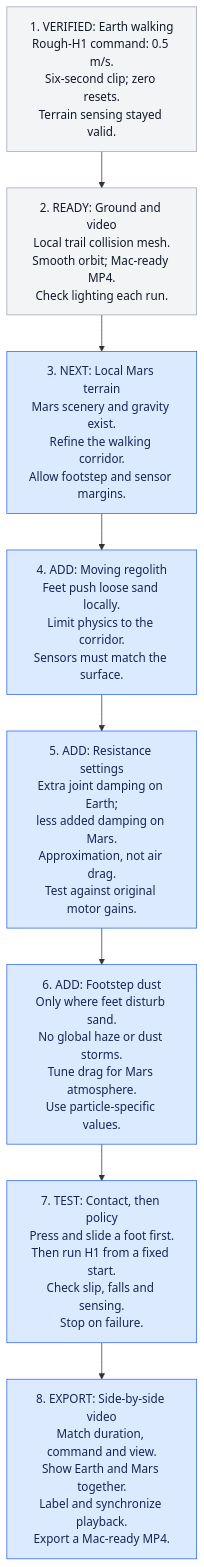
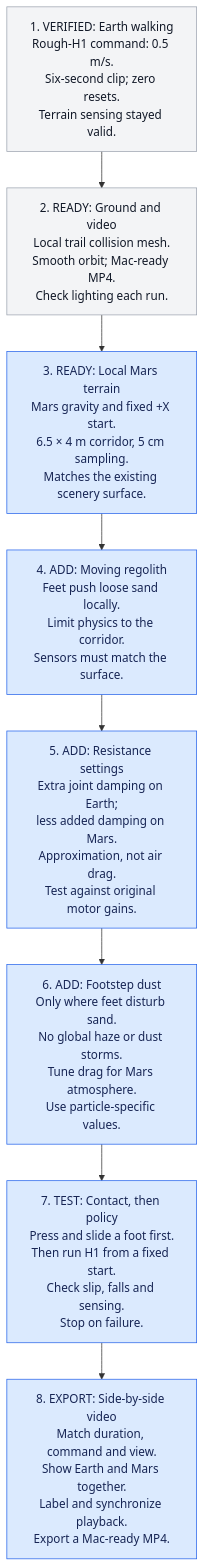
The third of 3 diagrams in README.md (eddie-wq07/Mars-Project), drawn with Mermaid before and after one commit. The commit also changed other lines of this file and 6 other files, not shown here.

Commit message:
step 3: Build local Mars terrain

````diff
--- a/README.md
+++ b/README.md
@@ -124,18 +124,18 @@
 ```mermaid
 flowchart TD
     earth["1. VERIFIED: Earth walking<br/>Rough-H1 command: 0.5 m/s.<br/>Six-second clip; zero resets.<br/>Terrain sensing stayed valid."]
     capture["2. READY: Ground and video<br/>Local trail collision mesh.<br/>Smooth orbit; Mac-ready MP4.<br/>Check lighting each run."]
-    mars["3. NEXT: Local Mars terrain<br/>Mars scenery and gravity exist.<br/>Refine the walking corridor.<br/>Allow footstep and sensor margins."]
+    mars["3. READY: Local Mars terrain<br/>Mars gravity and fixed +X start.<br/>6.5 × 4 m corridor, 5 cm sampling.<br/>Matches the existing scenery surface."]
     soil["4. ADD: Moving regolith<br/>Feet push loose sand locally.<br/>Limit physics to the corridor.<br/>Sensors must match the surface."]
     damping["5. ADD: Resistance settings<br/>Extra joint damping on Earth;<br/>less added damping on Mars.<br/>Approximation, not air drag.<br/>Test against original motor gains."]
     dust["6. ADD: Footstep dust<br/>Only where feet disturb sand.<br/>No global haze or dust storms.<br/>Tune drag for Mars atmosphere.<br/>Use particle-specific values."]
     test["7. TEST: Contact, then policy<br/>Press and slide a foot first.<br/>Then run H1 from a fixed start.<br/>Check slip, falls and sensing.<br/>Stop on failure."]
     compare["8. EXPORT: Side-by-side video<br/>Match duration, command and view.<br/>Show Earth and Mars together.<br/>Label and synchronize playback.<br/>Export a Mac-ready MP4."]
 
     earth --> capture --> mars --> soil --> damping --> dust --> test --> compare
 
     classDef core fill:#dbeafe,stroke:#2563eb,color:#172554;
     classDef support fill:#f3f4f6,stroke:#9ca3af,color:#111827;
     class mars,soil,damping,dust,test,compare core;
     class earth,capture support;
 ```
````
